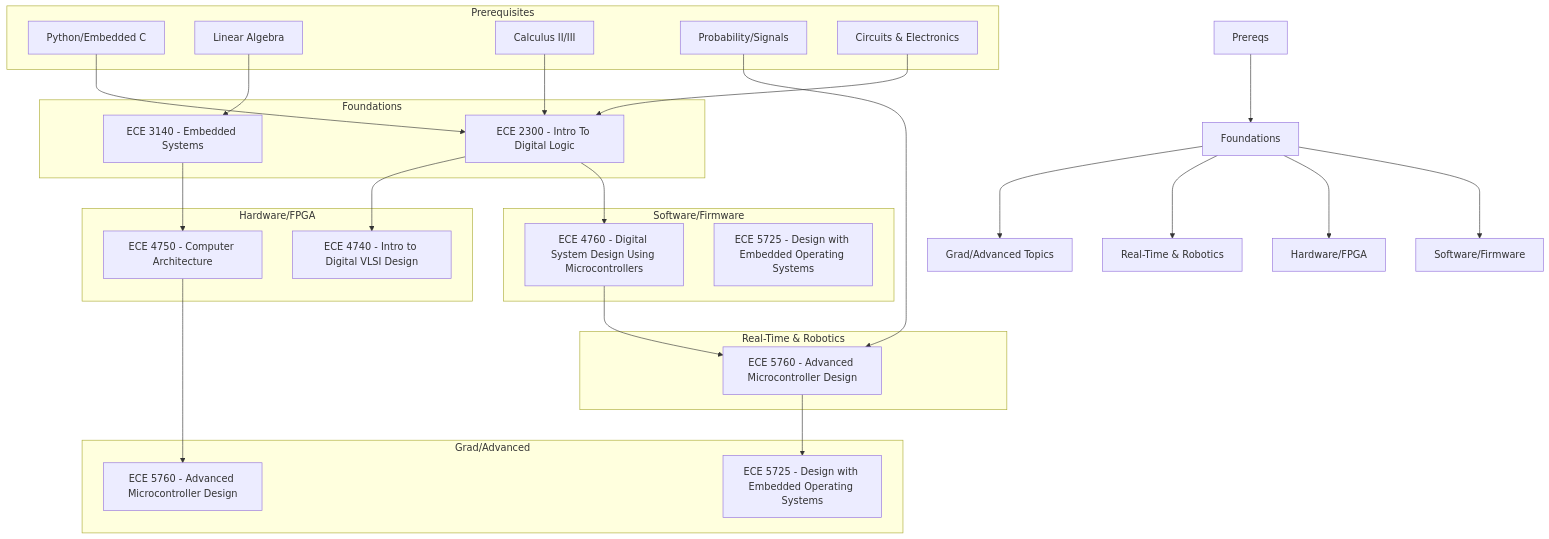
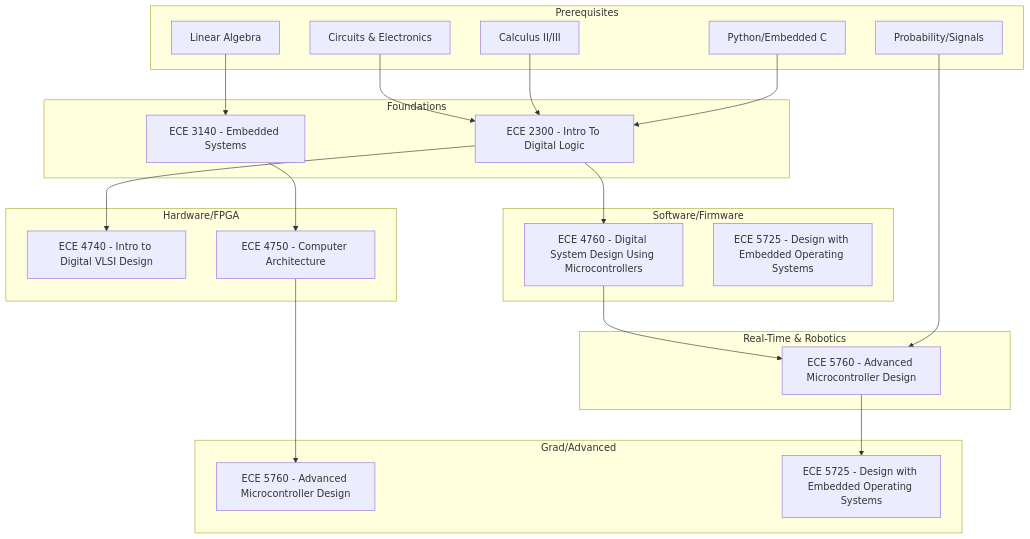
One commit to jmyphn/engineering-wiki changed the diagram in eceembedded.md. Above: the diagram before and after it, drawn with Mermaid. The commit also changed other lines of this file and 9 other files, not shown here.

````diff
--- a/eceembedded.md
+++ b/eceembedded.md
@@ -16,52 +16,47 @@
 ```mermaid
 flowchart TD
-  A[Prereqs] --> F[Foundations]
-  F --> S[Software/Firmware]
-  F --> H[Hardware/FPGA]
-  F --> R[Real-Time & Robotics]
-  F --> G[Grad/Advanced Topics]
 
   subgraph A1[Prerequisites]
     A1a[Python/Embedded C]
     A1b[Linear Algebra]
     A1c[Calculus II/III]
     A1d[Probability/Signals]
     A1e[Circuits & Electronics]
   end
 
   subgraph F1[Foundations]
     F1a[ECE 2300 - Intro To Digital Logic]
     F1b[ECE 3140 - Embedded Systems]
   end
 
   subgraph S1[Software/Firmware]
     S1a[ECE 4760 - Digital System Design Using Microcontrollers]
     S1b[ECE 5725 - Design with Embedded Operating Systems]
   end
 
   subgraph H1[Hardware/FPGA]
     H1a[ECE 4740 - Intro to Digital VLSI Design]
     H1b[ECE 4750 - Computer Architecture]
   end
 
   subgraph R1[Real-Time & Robotics]
     R1a[ECE 5760 - Advanced Microcontroller Design]
   end
 
   subgraph G1[Grad/Advanced]
     G1a[ECE 5760 - Advanced Microcontroller Design]
     G1b[ECE 5725 - Design with Embedded Operating Systems]
   end
 
   A1a --> F1a
   A1b --> F1b
   A1c --> F1a
   A1d --> R1a
   A1e --> F1a
   F1a --> S1a
   F1a --> H1a
   F1b --> H1b
   S1a --> R1a
   H1b --> G1a
   R1a --> G1b
 ```
````
